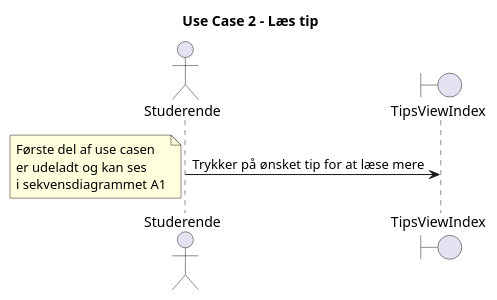
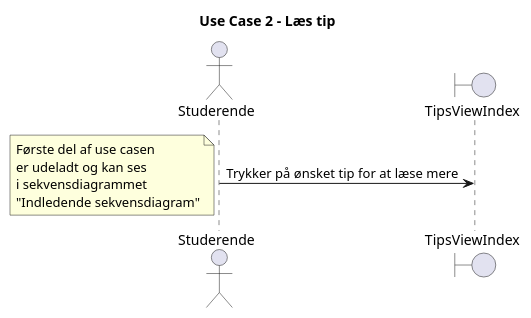
One commit to I4PRJ4/I4PRJ4-plantuml changed the diagram in plantuml/Sequence Diagrams/Design/UC2.puml. Above: the diagram before and after it, drawn with PlantUML.

```diff
--- a/plantuml/Sequence Diagrams/Design/UC2.puml
+++ b/plantuml/Sequence Diagrams/Design/UC2.puml
@@ -1,15 +1,16 @@
 @startuml
 title Use Case 2 - Læs tip
 
 actor       Studerende       as stud
 boundary       TipsViewIndex       as tipsindex
 
 stud -> tipsindex: Trykker på ønsket tip for at læse mere
 
 note left
 Første del af use casen
 er udeladt og kan ses
-i sekvensdiagrammet A1
+i sekvensdiagrammet
+"Indledende sekvensdiagram"
 end note
 
 @enduml
```
